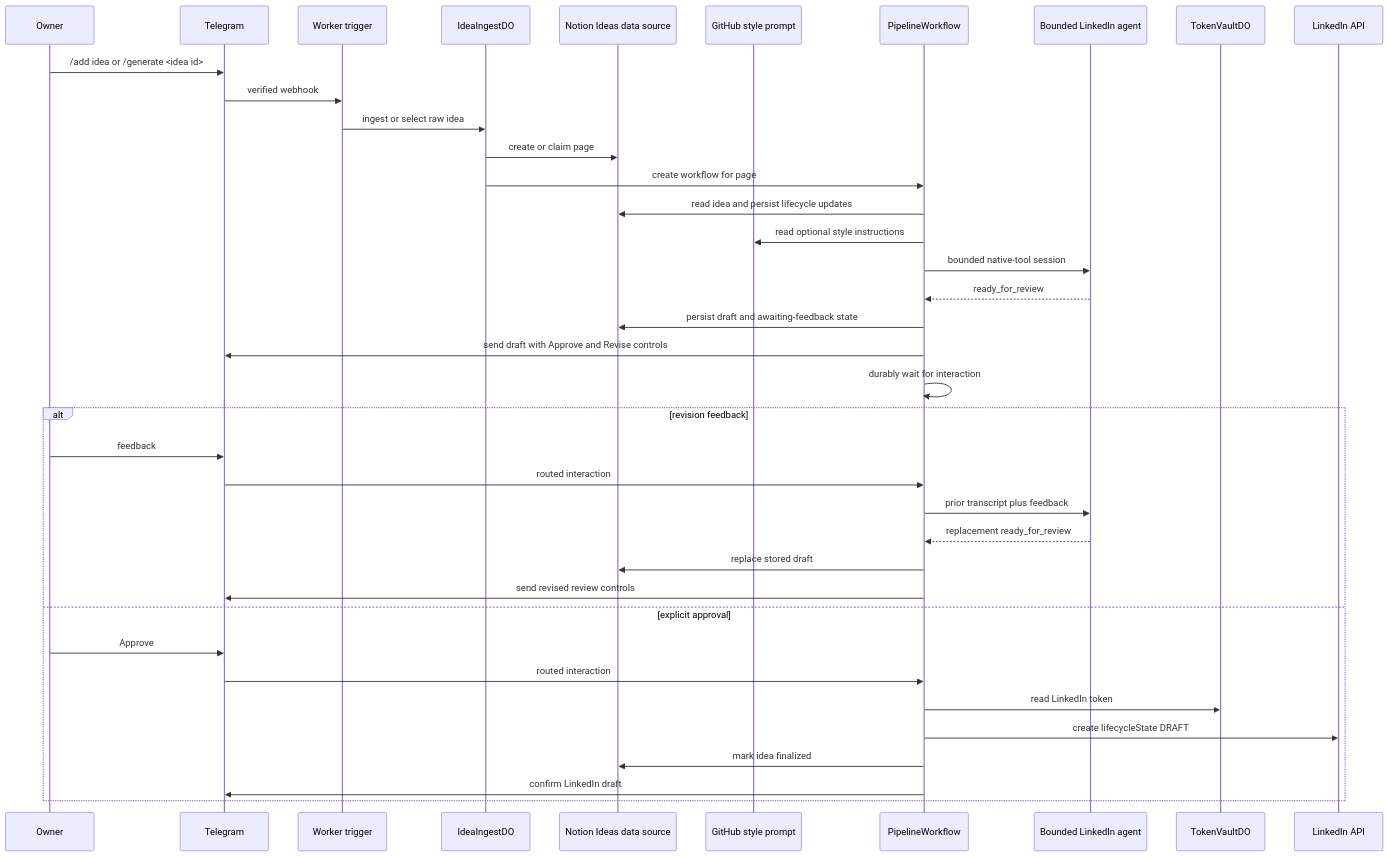
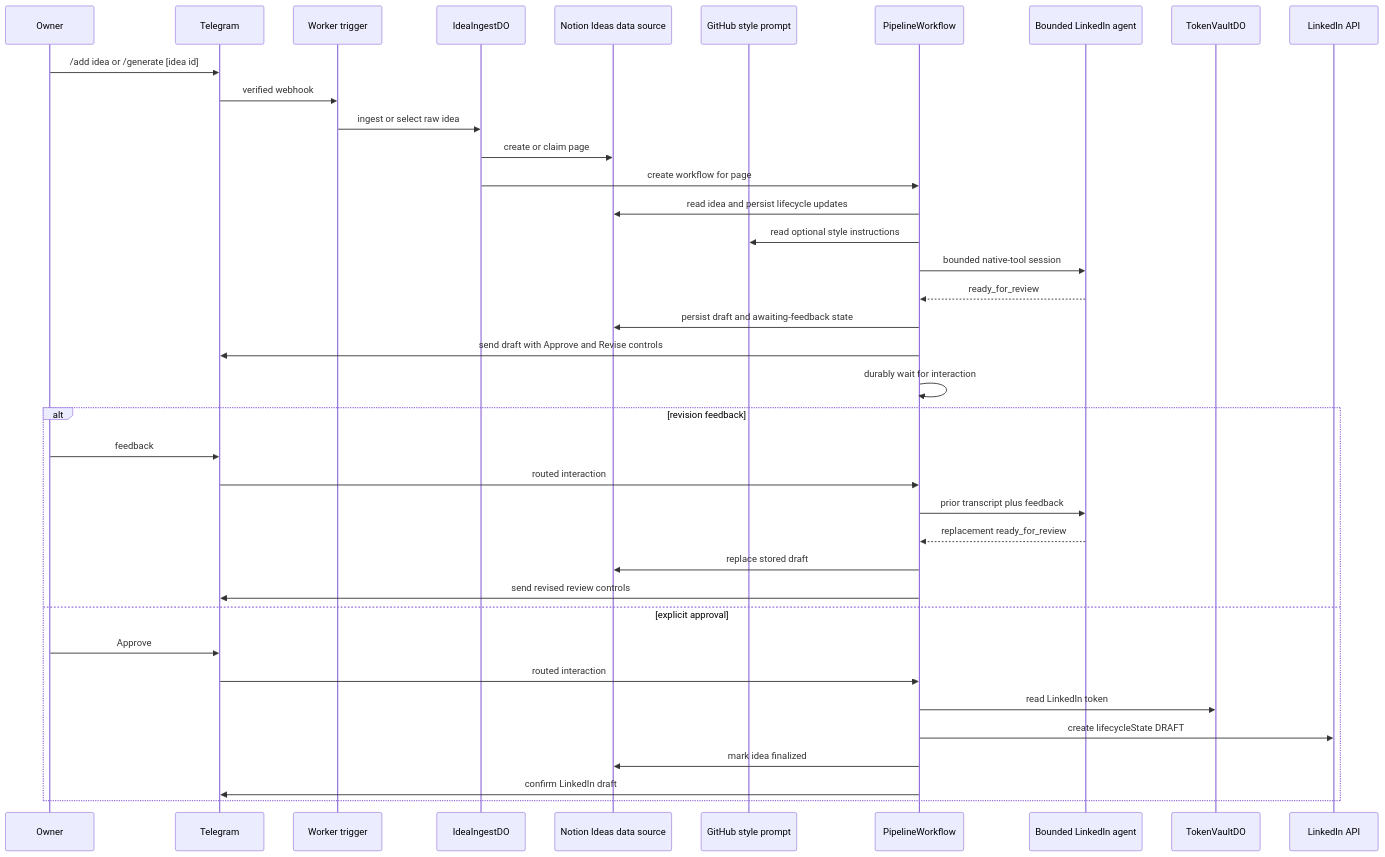
One commit to satwikhebbar/kipp changed the second of 6 diagrams in docs/architecture/request-flows.md. Above: the diagram before and after it, drawn with Mermaid. The commit also changed other lines of this file and 4 other files, not shown here.

Commit message:
feat: make /generate idea id optional

````diff
--- a/docs/architecture/request-flows.md
+++ b/docs/architecture/request-flows.md
@@ -45,41 +46,41 @@
 ```mermaid
 sequenceDiagram
   participant U as Owner
   participant T as Telegram
   participant W as Worker trigger
   participant I as IdeaIngestDO
   participant N as Notion Ideas data source
   participant G as GitHub style prompt
   participant P as PipelineWorkflow
   participant A as Bounded LinkedIn agent
   participant V as TokenVaultDO
   participant LI as LinkedIn API
 
-  U->>T: /add idea or /generate <idea id>
+  U->>T: /add idea or /generate [idea id]
   T->>W: verified webhook
   W->>I: ingest or select raw idea
   I->>N: create or claim page
   I->>P: create workflow for page
   P->>N: read idea and persist lifecycle updates
   P->>G: read optional style instructions
   P->>A: bounded native-tool session
   A-->>P: ready_for_review
   P->>N: persist draft and awaiting-feedback state
   P->>T: send draft with Approve and Revise controls
   P->>P: durably wait for interaction
   alt revision feedback
     U->>T: feedback
     T->>P: routed interaction
     P->>A: prior transcript plus feedback
     A-->>P: replacement ready_for_review
     P->>N: replace stored draft
     P->>T: send revised review controls
   else explicit approval
     U->>T: Approve
     T->>P: routed interaction
     P->>V: read LinkedIn token
     P->>LI: create lifecycleState DRAFT
     P->>N: mark idea finalized
     P->>T: confirm LinkedIn draft
   end
 ```
````
